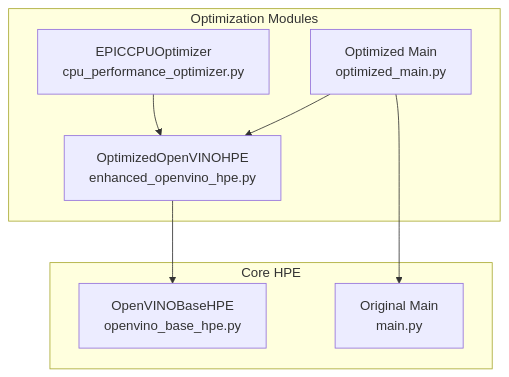
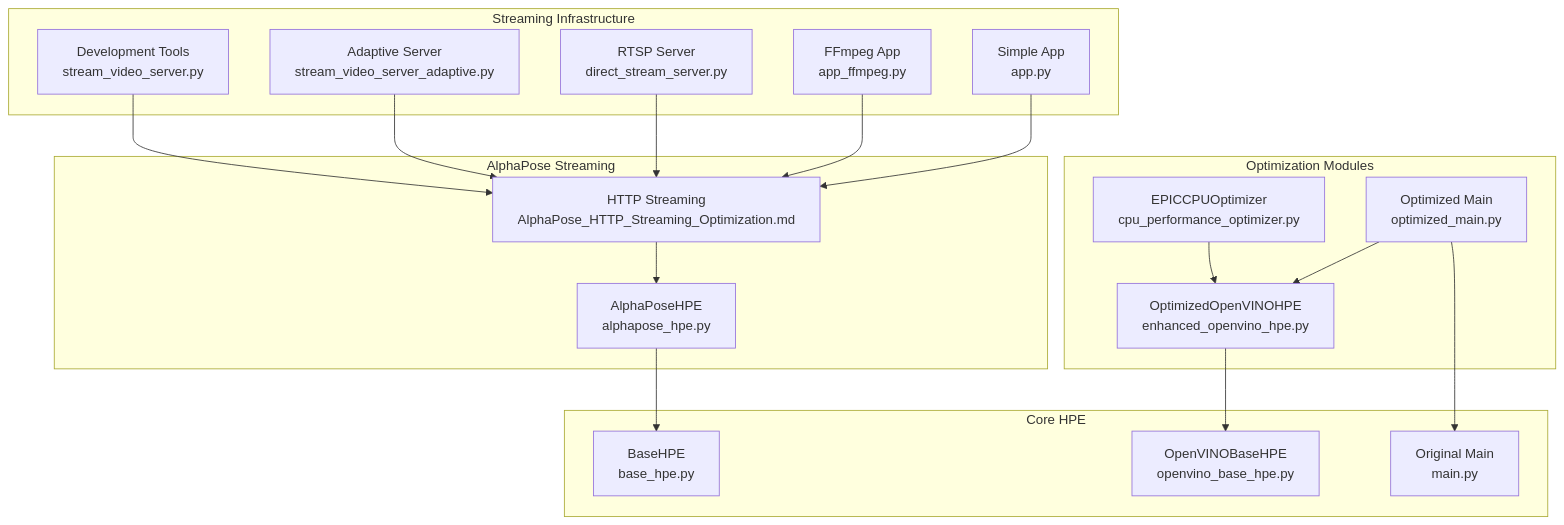
Before and after one commit to Fogus-Gr/MeasurementsDTs: the first of 7 diagrams in .qoder/repowiki/en/content/Performance Optimization/Performance Optimization.md, drawn with Mermaid. The commit also changed other lines of this file and 10 other files, not shown here.

````diff
--- a/.qoder/repowiki/en/content/Performance Optimization/Performance Optimization.md
+++ b/.qoder/repowiki/en/content/Performance Optimization/Performance Optimization.md
@@ -49,16 +71,35 @@
 ```mermaid
 graph TB
 subgraph "Optimization Modules"
 CPU["EPICCPUOptimizer<br/>cpu_performance_optimizer.py"]
 OVOpt["OptimizedOpenVINOHPE<br/>enhanced_openvino_hpe.py"]
 OM["Optimized Main<br/>optimized_main.py"]
 end
 subgraph "Core HPE"
 BaseOV["OpenVINOBaseHPE<br/>openvino_base_hpe.py"]
+BaseAP["BaseHPE<br/>base_hpe.py"]
 MainOrig["Original Main<br/>main.py"]
+end
+subgraph "AlphaPose Streaming"
+AP["AlphaPoseHPE<br/>alphapose_hpe.py"]
+HTTP["HTTP Streaming<br/>AlphaPose_HTTP_Streaming_Optimization.md"]
+end
+subgraph "Streaming Infrastructure"
+DevTools["Development Tools<br/>stream_video_server.py"]
+Adaptive["Adaptive Server<br/>stream_video_server_adaptive.py"]
+RTSP["RTSP Server<br/>direct_stream_server.py"]
+FFmpegApp["FFmpeg App<br/>app_ffmpeg.py"]
+SimpleApp["Simple App<br/>app.py"]
 end
 CPU --> OVOpt
 OVOpt --> BaseOV
 OM --> OVOpt
 OM --> MainOrig
+AP --> BaseAP
+HTTP --> AP
+DevTools --> HTTP
+Adaptive --> HTTP
+RTSP --> HTTP
+FFmpegApp --> HTTP
+SimpleApp --> HTTP
 ```
````
